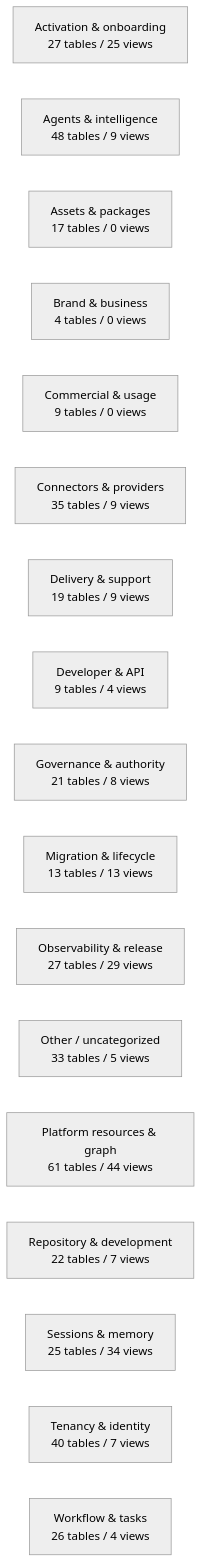
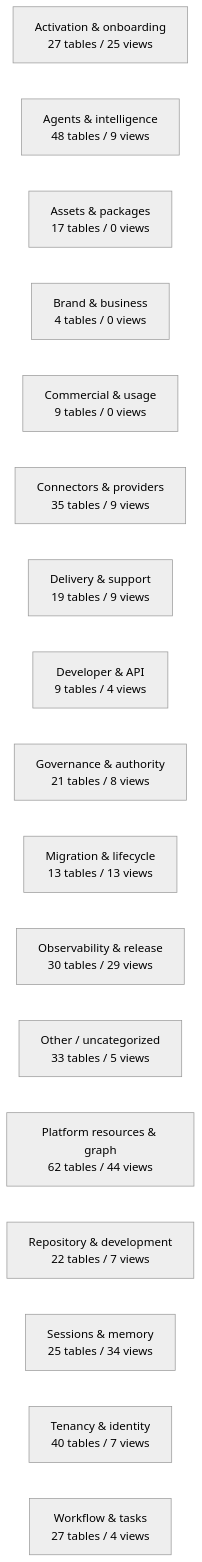
Before and after one commit to mad4bdigital-ai/multi-business-multi-role-growth-intelligence-os: the diagram in docs/work-maps/data-model-domain-map.md, drawn with Mermaid (neutral theme). The commit also changed other lines of this file and 6 other files, not shown here.

````diff
--- a/docs/work-maps/data-model-domain-map.md
+++ b/docs/work-maps/data-model-domain-map.md
@@ -9,20 +9,20 @@
 ```mermaid
 flowchart LR
   n_Activation___onboarding["Activation & onboarding<br/>27 tables / 25 views"]
   n_Agents___intelligence["Agents & intelligence<br/>48 tables / 9 views"]
   n_Assets___packages["Assets & packages<br/>17 tables / 0 views"]
   n_Brand___business["Brand & business<br/>4 tables / 0 views"]
   n_Commercial___usage["Commercial & usage<br/>9 tables / 0 views"]
   n_Connectors___providers["Connectors & providers<br/>35 tables / 9 views"]
   n_Delivery___support["Delivery & support<br/>19 tables / 9 views"]
   n_Developer___API["Developer & API<br/>9 tables / 4 views"]
   n_Governance___authority["Governance & authority<br/>21 tables / 8 views"]
   n_Migration___lifecycle["Migration & lifecycle<br/>13 tables / 13 views"]
-  n_Observability___release["Observability & release<br/>27 tables / 29 views"]
+  n_Observability___release["Observability & release<br/>30 tables / 29 views"]
   n_Other___uncategorized["Other / uncategorized<br/>33 tables / 5 views"]
-  n_Platform_resources___graph["Platform resources & graph<br/>61 tables / 44 views"]
+  n_Platform_resources___graph["Platform resources & graph<br/>62 tables / 44 views"]
   n_Repository___development["Repository & development<br/>22 tables / 7 views"]
   n_Sessions___memory["Sessions & memory<br/>25 tables / 34 views"]
   n_Tenancy___identity["Tenancy & identity<br/>40 tables / 7 views"]
-  n_Workflow___tasks["Workflow & tasks<br/>26 tables / 4 views"]
+  n_Workflow___tasks["Workflow & tasks<br/>27 tables / 4 views"]
 ```
````
